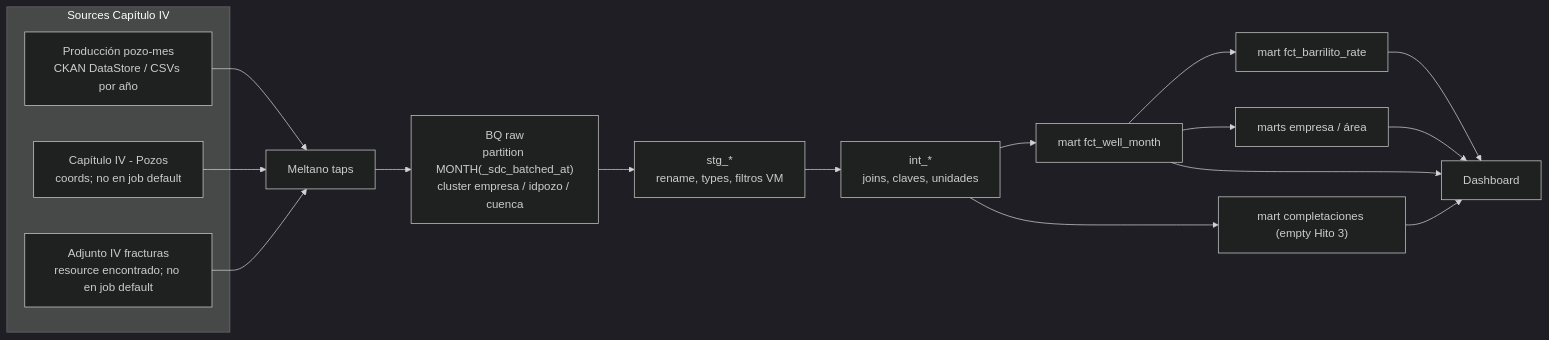
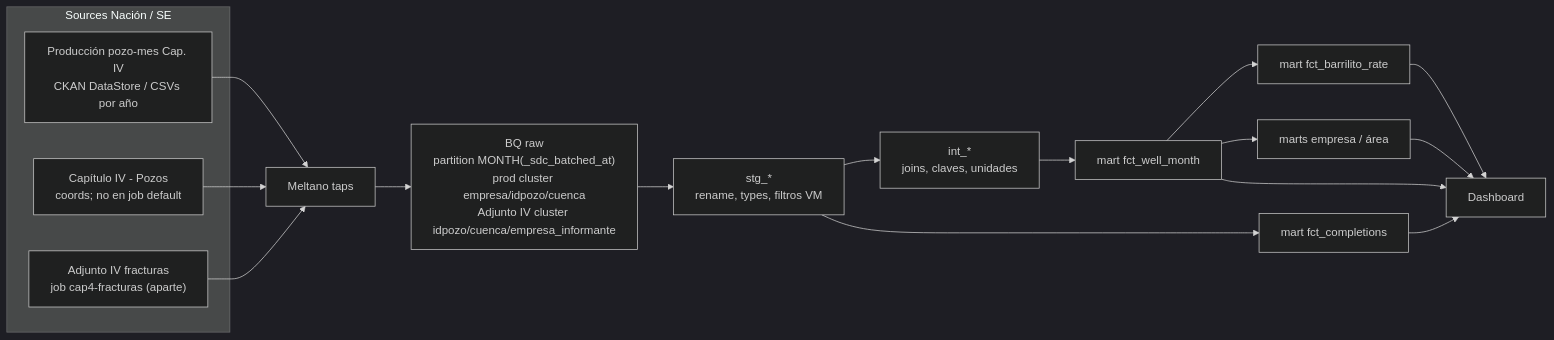
One commit to nrohland/vaca-muerta-pulse changed the third of 3 diagrams in docs/architecture.md. Above: the diagram before and after it, drawn with Mermaid (dark theme). The commit also changed other lines of this file and 24 other files, not shown here.

First line of the commit message:
feat(adjunto-iv): load fracturas and publish fct_completions

````diff
--- a/docs/architecture.md
+++ b/docs/architecture.md
@@ -64,22 +64,22 @@
 ```mermaid
 flowchart LR
-  subgraph Sources["Sources Capítulo IV"]
-    P["Producción pozo-mes<br/>CKAN DataStore / CSVs por año"]
+  subgraph Sources["Sources Nación / SE"]
+    P["Producción pozo-mes Cap. IV<br/>CKAN DataStore / CSVs por año"]
     W["Capítulo IV - Pozos<br/>coords; no en job default"]
-    F["Adjunto IV fracturas<br/>resource encontrado; no en job default"]
+    F["Adjunto IV fracturas<br/>job cap4-fracturas (aparte)"]
   end
   P --> TAPS
   W --> TAPS
   F --> TAPS
-  TAPS["Meltano taps"] --> RAW["BQ raw<br/>partition MONTH(_sdc_batched_at)<br/>cluster empresa / idpozo / cuenca"]
+  TAPS["Meltano taps"] --> RAW["BQ raw<br/>partition MONTH(_sdc_batched_at)<br/>prod cluster empresa/idpozo/cuenca<br/>Adjunto IV cluster idpozo/cuenca/empresa_informante"]
   RAW --> STG["stg_*<br/>rename, types, filtros VM"]
   STG --> INT["int_*<br/>joins, claves, unidades"]
   INT --> M1["mart fct_well_month"]
   M1 --> M4["mart fct_barrilito_rate"]
   M1 --> M2["marts empresa / área"]
-  INT --> M3["mart completaciones (empty Hito 3)"]
+  STG --> M3["mart fct_completions"]
   M1 --> WEB["Dashboard"]
   M2 --> WEB
   M3 --> WEB
   M4 --> WEB
 ```
````
